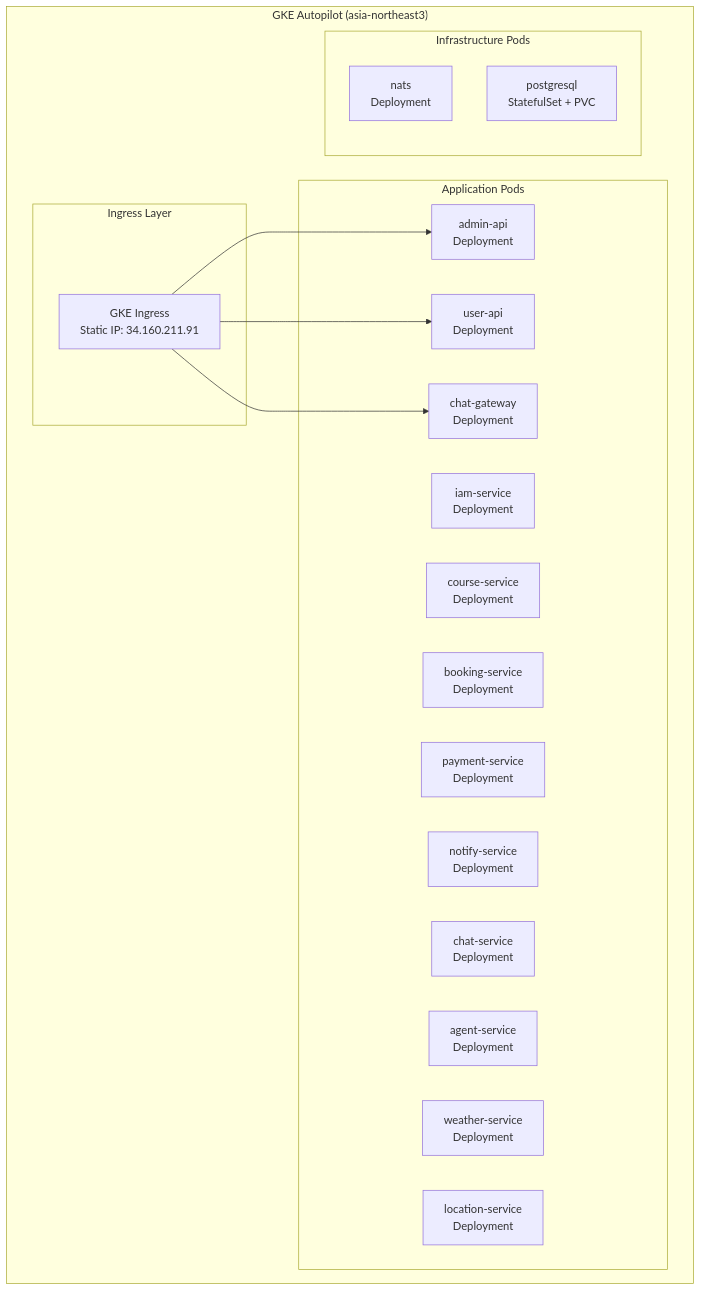
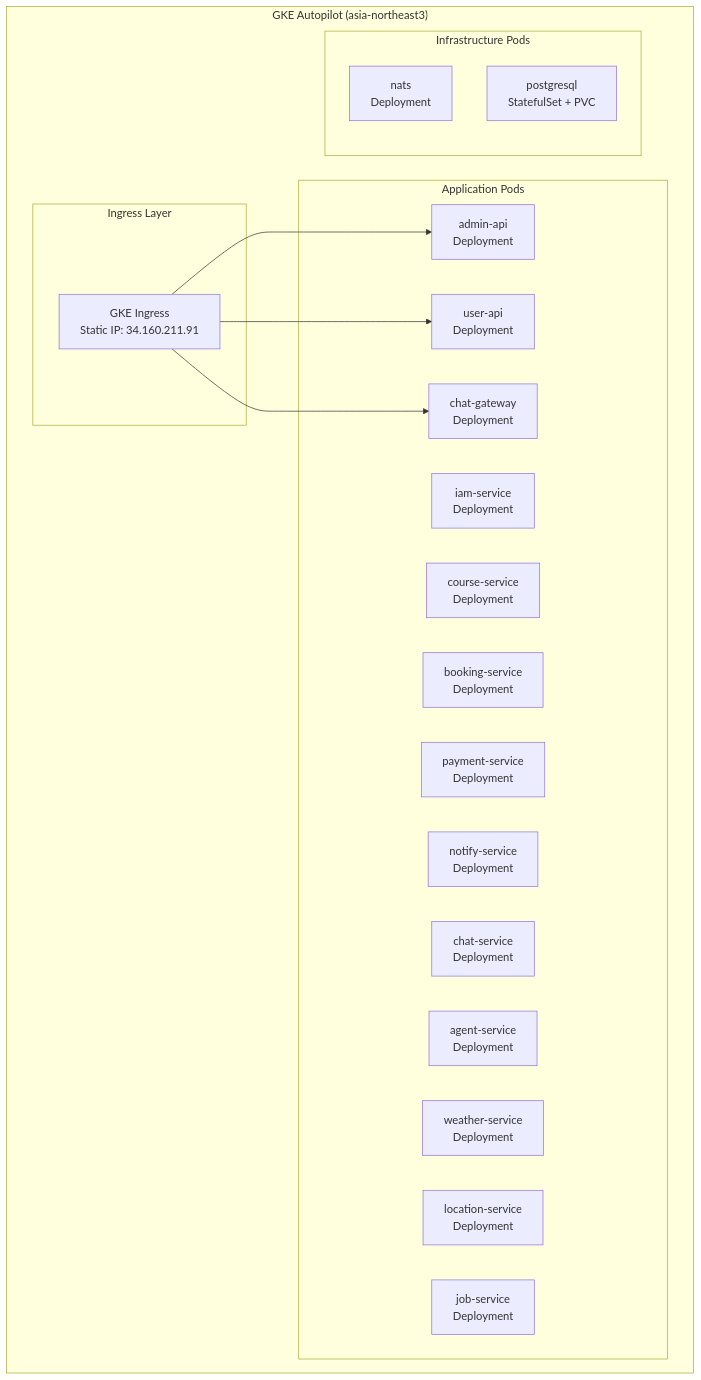
Before and after one commit to uniyous/parkgolf-platform: the fifth of 6 diagrams in docs/architecture/SYSTEM.md, drawn with Mermaid. The commit also changed other lines of this file, not shown here.

First line of the commit message:
docs(architecture): SYSTEM.md에 job-service 추가

````diff
--- a/docs/architecture/SYSTEM.md
+++ b/docs/architecture/SYSTEM.md
@@ -548,32 +592,33 @@
 ```mermaid
 graph TD
     subgraph "GKE Autopilot (asia-northeast3)"
         subgraph "Ingress Layer"
             ING[GKE Ingress<br/>Static IP: 34.160.211.91]
         end
 
         subgraph "Application Pods"
             AAPI[admin-api<br/>Deployment]
             UAPI[user-api<br/>Deployment]
             CHATGW[chat-gateway<br/>Deployment]
             IAM[iam-service<br/>Deployment]
             COURSE[course-service<br/>Deployment]
             BOOK[booking-service<br/>Deployment]
             PAY[payment-service<br/>Deployment]
             NOTIFY[notify-service<br/>Deployment]
             CHAT[chat-service<br/>Deployment]
             AGENT[agent-service<br/>Deployment]
             WEATHER[weather-service<br/>Deployment]
             LOCATION[location-service<br/>Deployment]
+            JOB[job-service<br/>Deployment]
         end
 
         subgraph "Infrastructure Pods"
             NATS[nats<br/>Deployment]
             PG[postgresql<br/>StatefulSet + PVC]
         end
     end
 
     ING --> AAPI
     ING --> UAPI
     ING --> CHATGW
 ```
````
